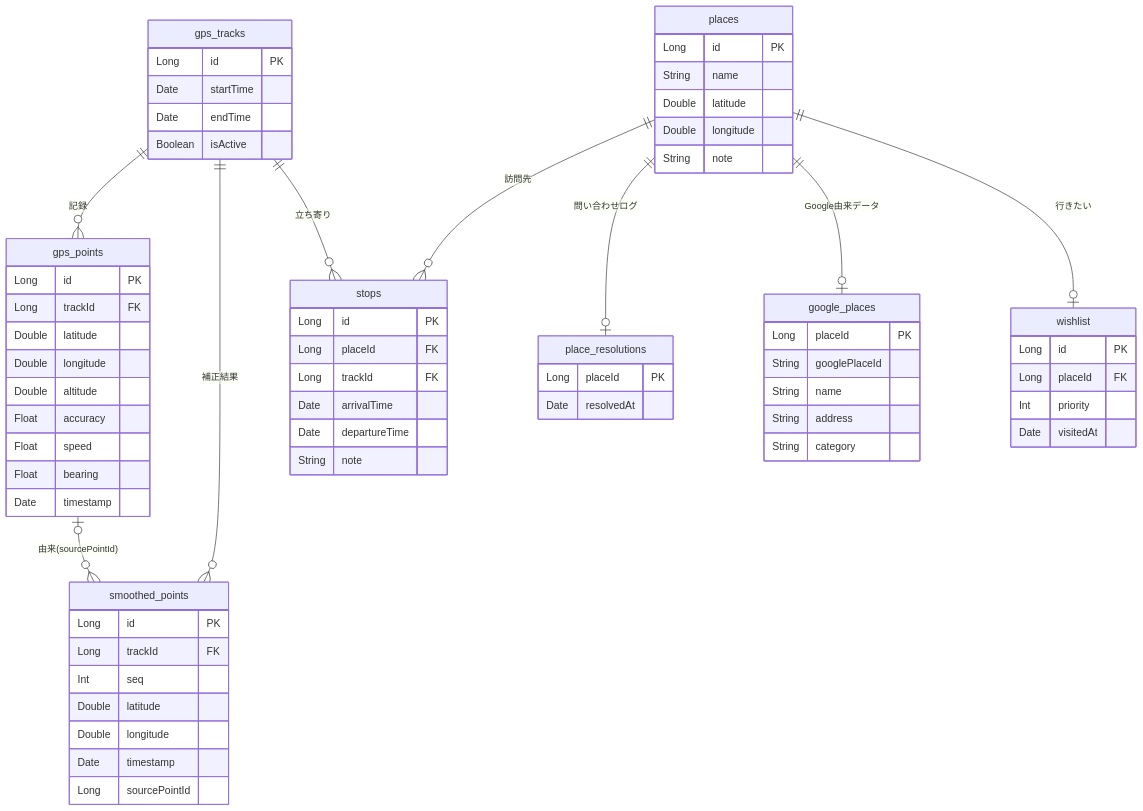
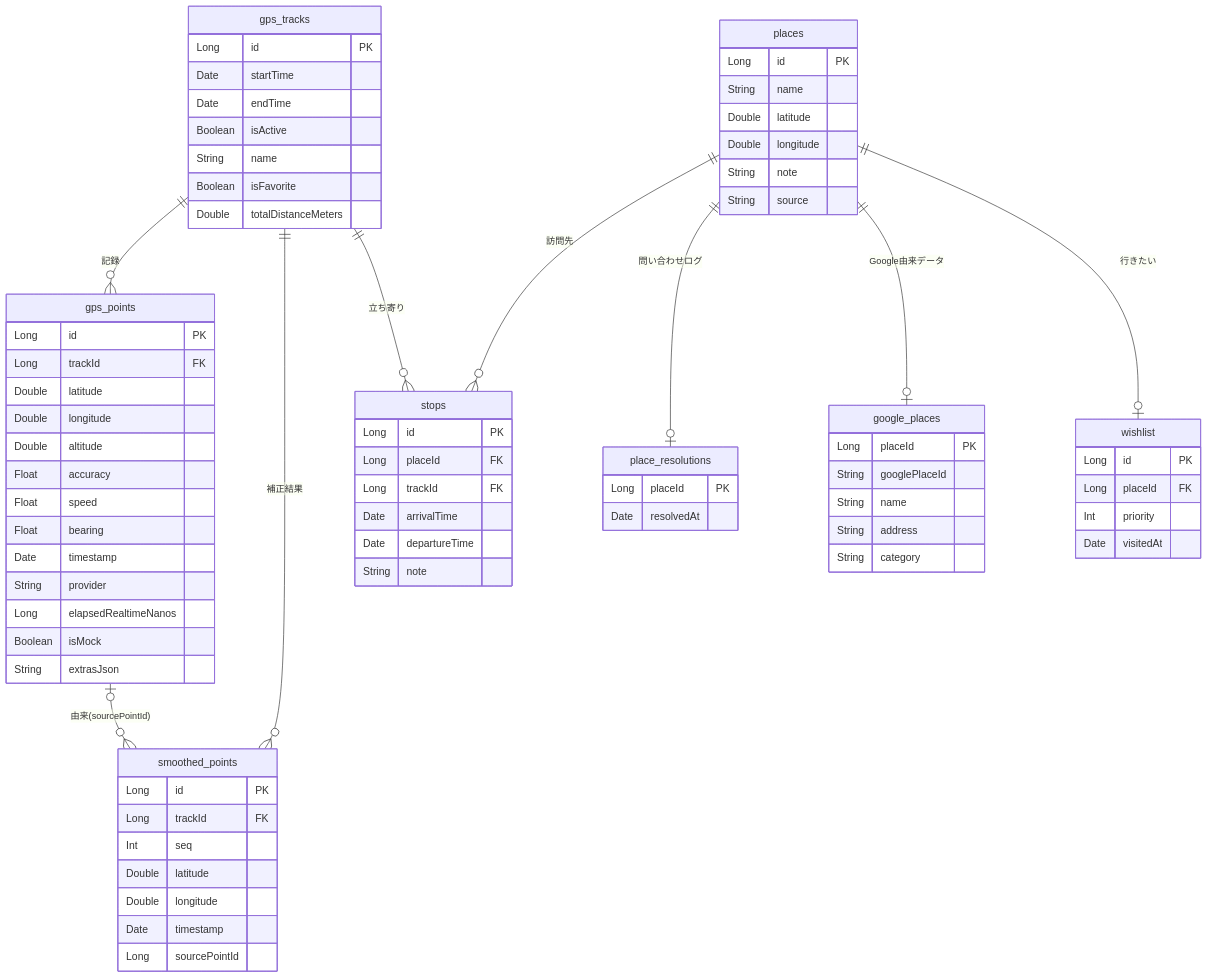
One commit to y-nosuke/pathly changed the diagram in docs/specs/model.md. Above: the diagram before and after it, drawn with Mermaid. The commit also changed other lines of this file and 16 other files, not shown here.

````diff
--- a/docs/specs/model.md
+++ b/docs/specs/model.md
@@ -12,70 +14,78 @@
 ```mermaid
 erDiagram
   gps_tracks ||--o{ gps_points : "記録"
   gps_tracks ||--o{ smoothed_points : "補正結果"
   gps_tracks ||--o{ stops : "立ち寄り"
   places ||--o{ stops : "訪問先"
   places ||--o| place_resolutions : "問い合わせログ"
   places ||--o| google_places : "Google由来データ"
   places ||--o| wishlist : "行きたい"
   gps_points |o--o{ smoothed_points : "由来(sourcePointId)"
 
   gps_tracks {
     Long id PK
     Date startTime
     Date endTime
     Boolean isActive
+    String name
+    Boolean isFavorite
+    Double totalDistanceMeters
   }
   gps_points {
     Long id PK
     Long trackId FK
     Double latitude
     Double longitude
     Double altitude
     Float accuracy
     Float speed
     Float bearing
     Date timestamp
+    String provider
+    Long elapsedRealtimeNanos
+    Boolean isMock
+    String extrasJson
   }
   smoothed_points {
     Long id PK
     Long trackId FK
     Int seq
     Double latitude
     Double longitude
     Date timestamp
     Long sourcePointId
   }
   places {
     Long id PK
     String name
     Double latitude
     Double longitude
     String note
+    String source
   }
   stops {
     Long id PK
     Long placeId FK
     Long trackId FK
     Date arrivalTime
     Date departureTime
     String note
   }
   place_resolutions {
     Long placeId PK
     Date resolvedAt
   }
   google_places {
     Long placeId PK
     String googlePlaceId
     String name
     String address
     String category
   }
   wishlist {
     Long id PK
     Long placeId FK
     Int priority
     Date visitedAt
   }
 ```
````
